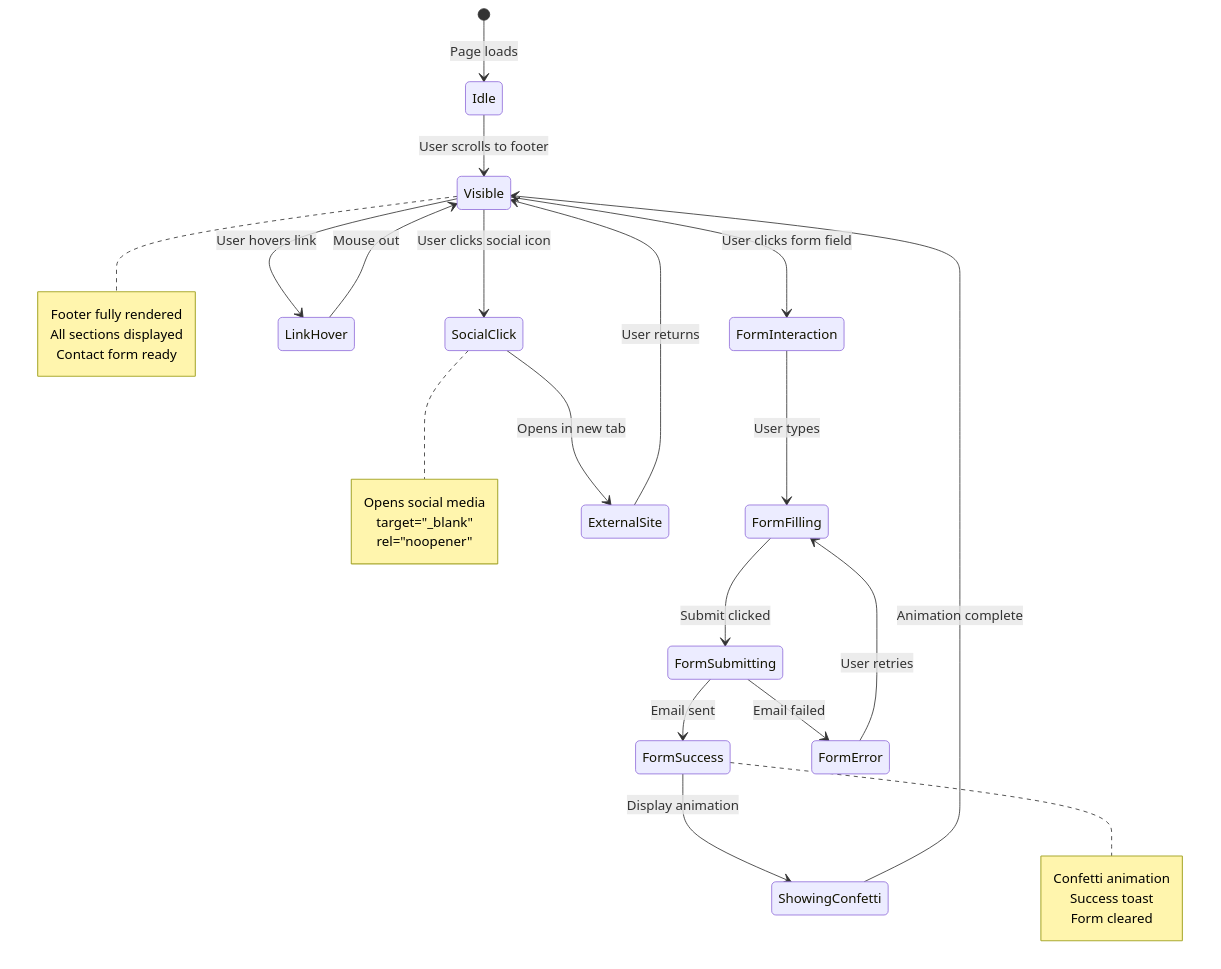
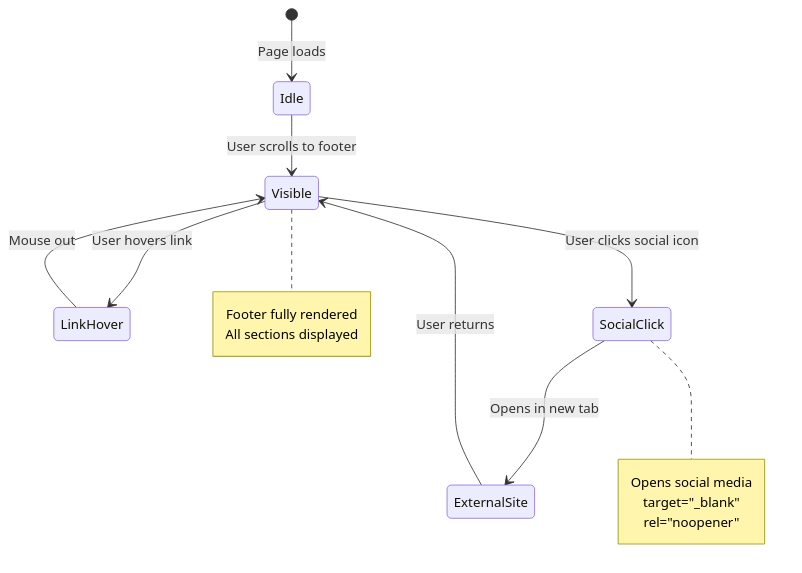
One commit to lightspeedwp/ashmakeup changed the second of 2 diagrams in src/guidelines/components/Footer.md. Above: the diagram before and after it, drawn with Mermaid. The commit also changed other lines of this file and 532 other files, not shown here.

````diff
--- a/src/guidelines/components/Footer.md
+++ b/src/guidelines/components/Footer.md
@@ -600,44 +478,25 @@
 ```mermaid
 stateDiagram-v2
     [*] --> Idle: Page loads
     
     Idle --> Visible: User scrolls to footer
     
-    Visible --> FormInteraction: User clicks form field
     Visible --> LinkHover: User hovers link
     Visible --> SocialClick: User clicks social icon
-    
-    FormInteraction --> FormFilling: User types
-    FormFilling --> FormSubmitting: Submit clicked
-    
-    FormSubmitting --> FormSuccess: Email sent
-    FormSubmitting --> FormError: Email failed
-    
-    FormSuccess --> ShowingConfetti: Display animation
-    ShowingConfetti --> Visible: Animation complete
-    
-    FormError --> FormFilling: User retries
     
     LinkHover --> Visible: Mouse out
     
     SocialClick --> ExternalSite: Opens in new tab
     ExternalSite --> Visible: User returns
     
     note right of Visible
         Footer fully rendered
         All sections displayed
-        Contact form ready
-    end note
-    
-    note right of FormSuccess
-        Confetti animation
-        Success toast
-        Form cleared
     end note
     
     note right of SocialClick
         Opens social media
         target=\"_blank\"
         rel=\"noopener\"
     end note
 ```
````
